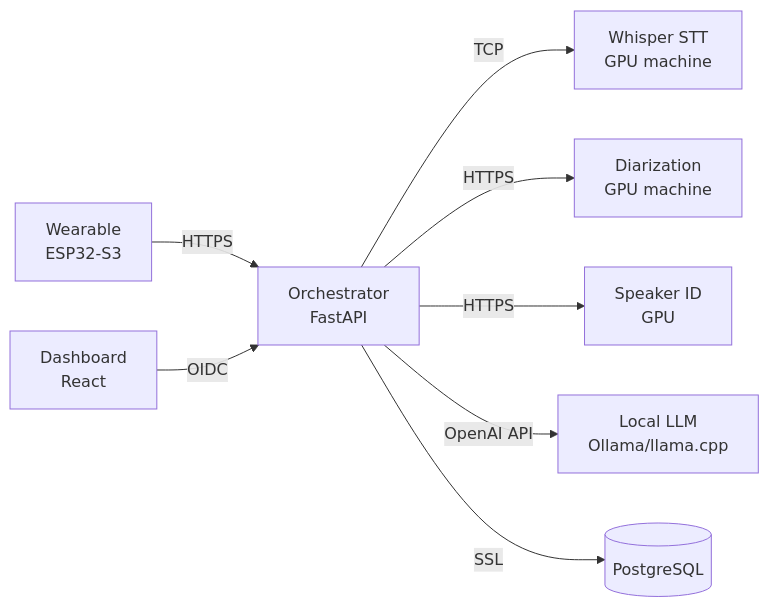
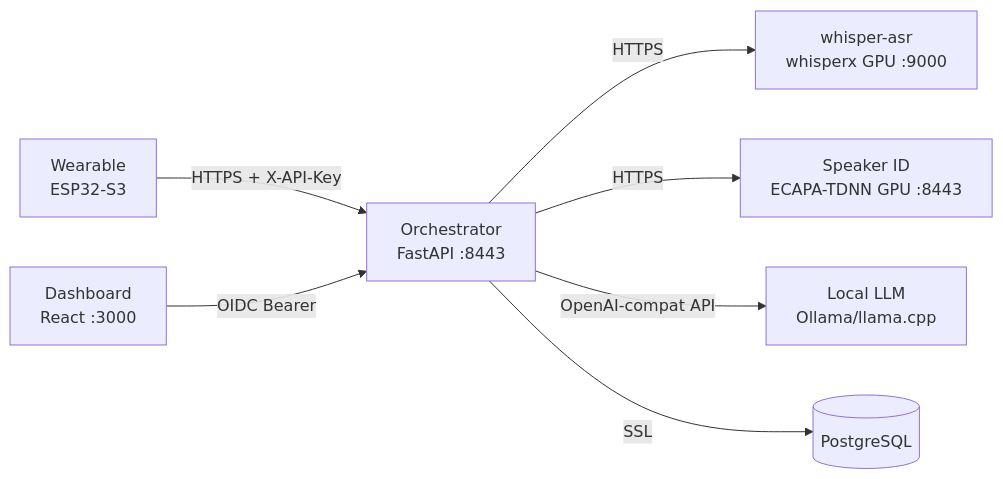
One commit to dlgreenwald/lifelog changed the diagram in README.md. Above: the diagram before and after it, drawn with Mermaid. The commit also changed other lines of this file and 4 other files, not shown here.

First line of the commit message:
docs: update all documentation for current architecture

````diff
--- a/README.md
+++ b/README.md
@@ -56,10 +60,9 @@
 ```mermaid
 graph LR
-    ESP32[Wearable<br/>ESP32-S3] -->|HTTPS| ORCH[Orchestrator<br/>FastAPI]
-    ORCH -->|TCP| WHISPER[Whisper STT<br/>GPU machine]
-    ORCH -->|HTTPS| DIAR[Diarization<br/>GPU machine]
-    ORCH -->|HTTPS| SPK[Speaker ID<br/>GPU]
-    ORCH -->|OpenAI API| LLM[Local LLM<br/>Ollama/llama.cpp]
+    ESP32[Wearable<br/>ESP32-S3] -->|HTTPS + X-API-Key| ORCH[Orchestrator<br/>FastAPI :8443]
+    ORCH -->|HTTPS| WHISPER[whisper-asr<br/>whisperx GPU :9000]
+    ORCH -->|HTTPS| SPK[Speaker ID<br/>ECAPA-TDNN GPU :8443]
+    ORCH -->|OpenAI-compat API| LLM[Local LLM<br/>Ollama/llama.cpp]
     ORCH -->|SSL| PG[(PostgreSQL)]
-    DASH[Dashboard<br/>React] -->|OIDC| ORCH
+    DASH[Dashboard<br/>React :3000] -->|OIDC Bearer| ORCH
 ```
````
